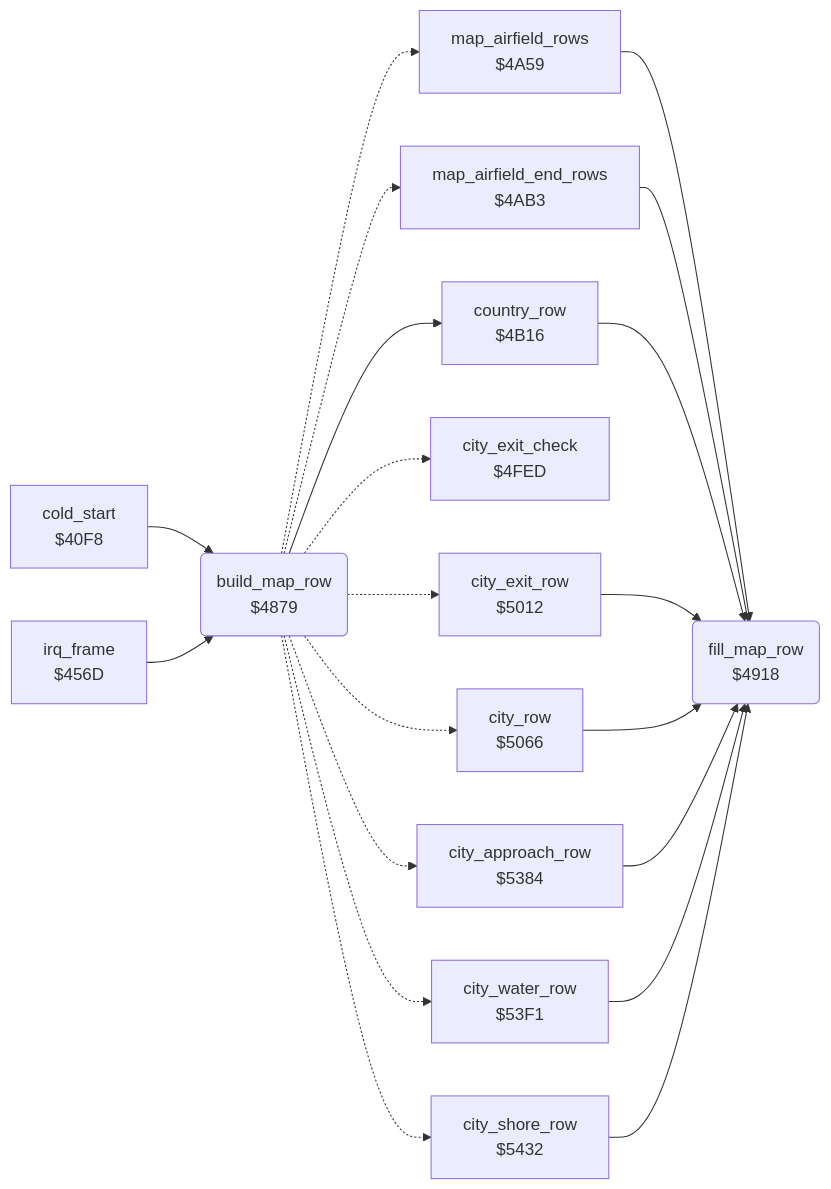
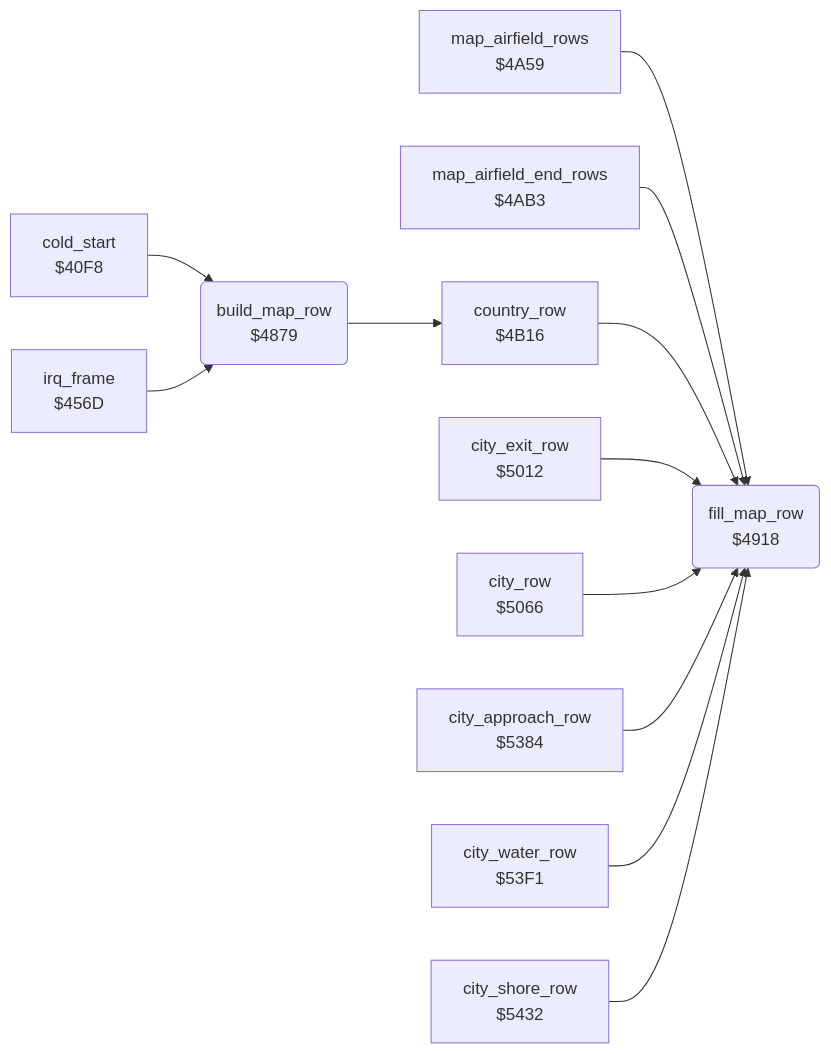
Before and after one commit to henols/c64_games: the diagram in blue_max/docs/reference/modules/ground/map_row.md, drawn with Mermaid. The commit also changed other lines of this file and 1100 other files, not shown here.

````diff
--- a/blue_max/docs/reference/modules/ground/map_row.md
+++ b/blue_max/docs/reference/modules/ground/map_row.md
@@ -10,35 +23,26 @@
 ```mermaid
 flowchart LR
   n40f8["cold_start<br/>$40F8"]
   n456d["irq_frame<br/>$456D"]
   n4879("build_map_row<br/>$4879")
   n4918("fill_map_row<br/>$4918")
   n4a59["map_airfield_rows<br/>$4A59"]
   n4ab3["map_airfield_end_rows<br/>$4AB3"]
   n4b16["country_row<br/>$4B16"]
-  n4fed["city_exit_check<br/>$4FED"]
   n5012["city_exit_row<br/>$5012"]
   n5066["city_row<br/>$5066"]
   n5384["city_approach_row<br/>$5384"]
   n53f1["city_water_row<br/>$53F1"]
   n5432["city_shore_row<br/>$5432"]
   n40f8 --> n4879
   n456d --> n4879
-  n4879 -.-> n4a59
-  n4879 -.-> n4ab3
   n4879 --> n4b16
-  n4879 -.-> n4fed
-  n4879 -.-> n5012
-  n4879 -.-> n5066
-  n4879 -.-> n5384
-  n4879 -.-> n53f1
-  n4879 -.-> n5432
   n4a59 --> n4918
   n4ab3 --> n4918
   n4b16 --> n4918
   n5012 --> n4918
   n5066 --> n4918
   n5384 --> n4918
   n53f1 --> n4918
   n5432 --> n4918
 ```
````
